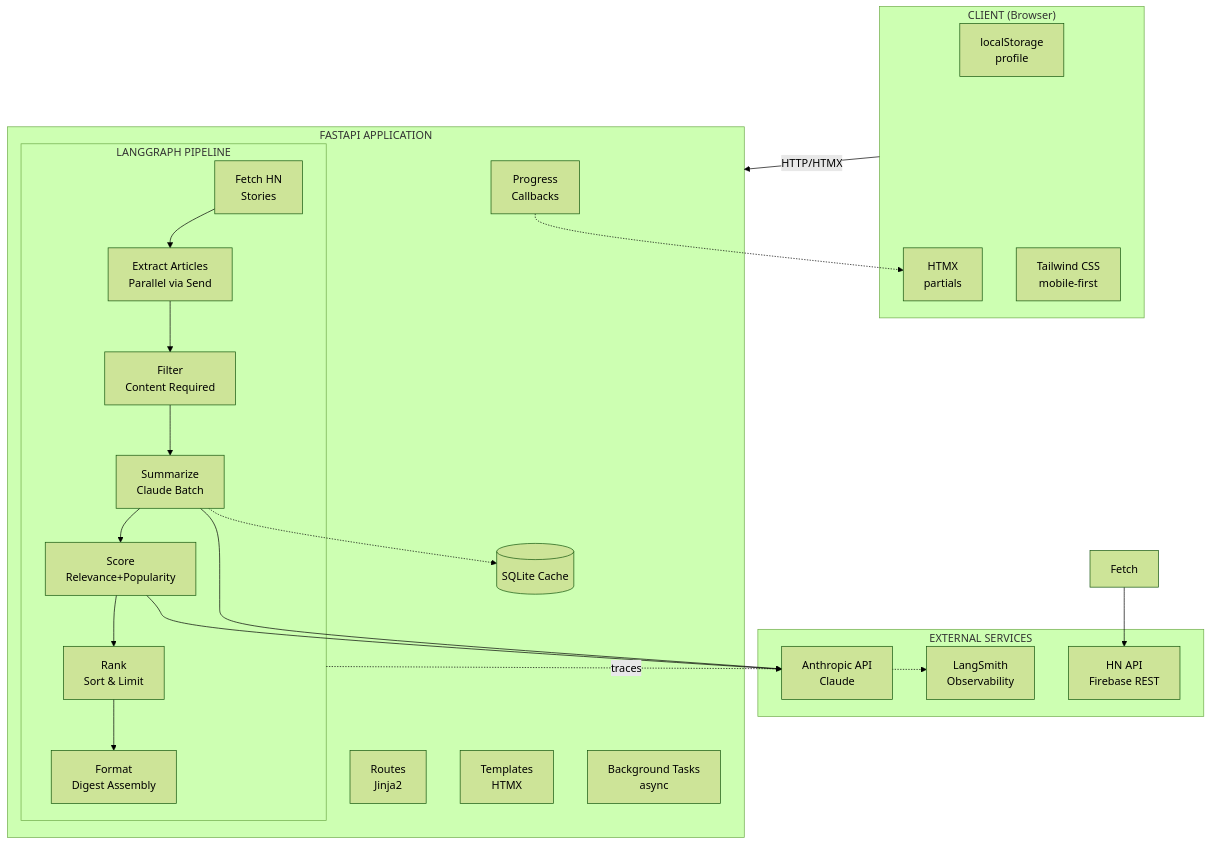
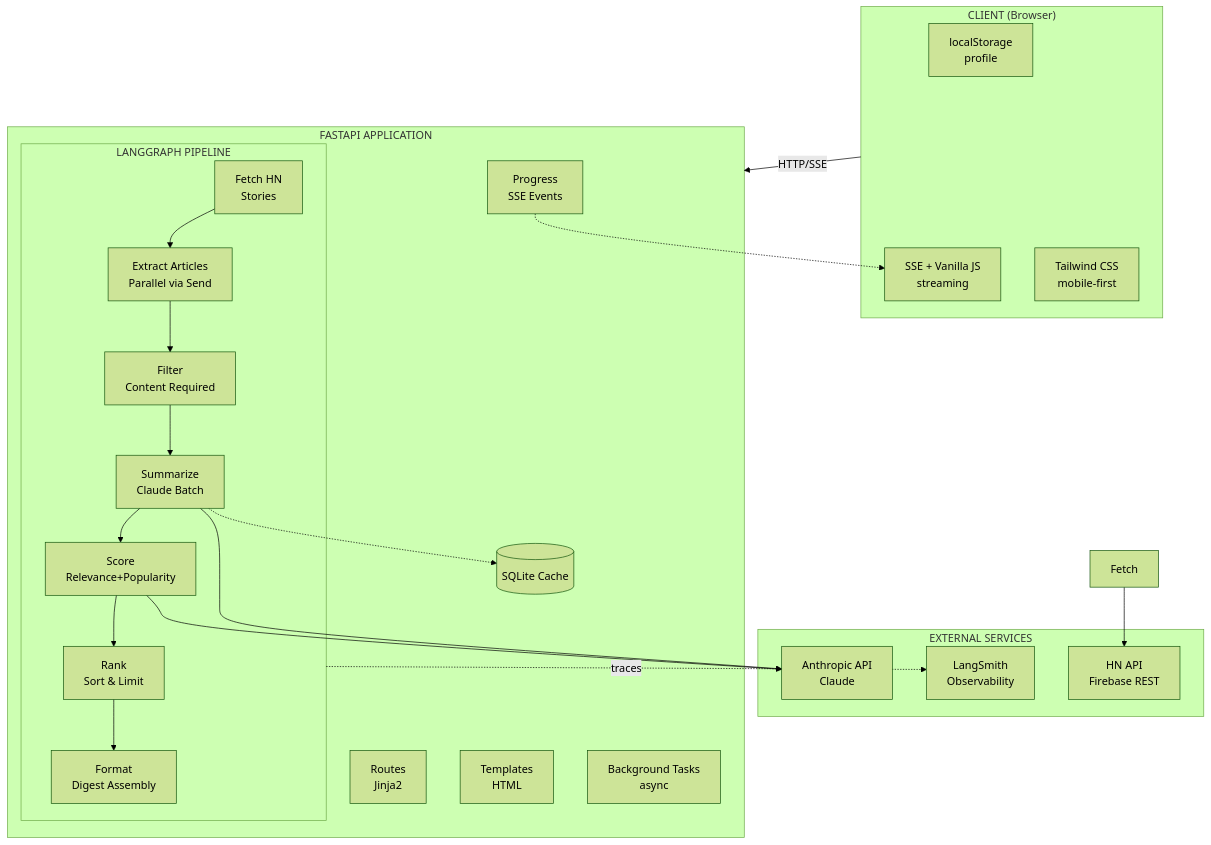
The first of 5 diagrams in docs/architecture.md (darth-dodo/hn-herald), drawn with Mermaid (forest theme) before and after one commit. The commit also changed other lines of this file and 15 other files, not shown here.

````diff
--- a/docs/architecture.md
+++ b/docs/architecture.md
@@ -30,39 +32,39 @@
 ```mermaid
 graph TB
     subgraph Browser["CLIENT (Browser)"]
         LocalS[localStorage<br/>profile]
-        HTMX[HTMX<br/>partials]
+        SSE[SSE + Vanilla JS<br/>streaming]
         TW[Tailwind CSS<br/>mobile-first]
     end
 
     subgraph FastAPI["FASTAPI APPLICATION"]
         Routes[Routes<br/>Jinja2]
-        Templates[Templates<br/>HTMX]
+        Templates[Templates<br/>HTML]
         Tasks[Background Tasks<br/>async]
         Cache[(SQLite Cache)]
 
         subgraph Pipeline["LANGGRAPH PIPELINE"]
             FetchHN[Fetch HN<br/>Stories] --> FetchArticle[Extract Articles<br/>Parallel via Send]
             FetchArticle --> Filter[Filter<br/>Content Required]
             Filter --> Summarize[Summarize<br/>Claude Batch]
             Summarize --> Score[Score<br/>Relevance+Popularity]
             Score --> Rank[Rank<br/>Sort & Limit]
             Rank --> Format[Format<br/>Digest Assembly]
         end
 
-        Callbacks[Progress<br/>Callbacks] -.-> HTMX
+        Callbacks[Progress<br/>SSE Events] -.-> SSE
     end
 
     subgraph External["EXTERNAL SERVICES"]
         HN[HN API<br/>Firebase REST]
         Claude[Anthropic API<br/>Claude]
         LangSmith[LangSmith<br/>Observability]
     end
 
-    Browser -->|HTTP/HTMX| FastAPI
+    Browser -->|HTTP/SSE| FastAPI
     Fetch --> HN
     Summarize --> Claude
     Summarize -.-> Cache
     Score --> Claude
     Pipeline -.->|traces| LangSmith
 ```
````
